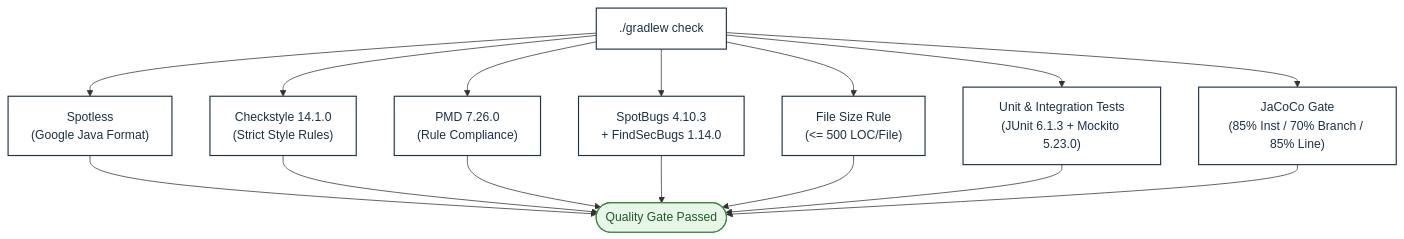
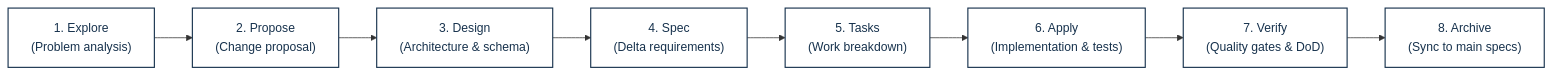
Before and after one commit to CS3227-2610-MP2-NUSynapxe/CS3227-2610-MP2: the first of 2 diagrams in docs/DeveloperGuide.md, drawn with Mermaid. The commit also changed other lines of this file, not shown here.

````diff
--- a/docs/DeveloperGuide.md
+++ b/docs/DeveloperGuide.md
@@ -156,16 +189,12 @@
 ```mermaid
-flowchart TD
-    Build["./gradlew check"] --> Format["Spotless<br/>(Google Java Format)"]
-    Build --> Lint["Checkstyle 14.1.0<br/>(Strict Style Rules)"]
-    Build --> Static["PMD 7.26.0<br/>(Rule Compliance)"]
-    Build --> Sec["SpotBugs 4.10.3<br/>+ FindSecBugs 1.14.0"]
-    Build --> Limit["File Size Rule<br/>(<= 500 LOC/File)"]
-    Build --> Unit["Unit & Integration Tests<br/>(JUnit 6.1.3 + Mockito 5.23.0)"]
-    Build --> Cov["JaCoCo Gate<br/>(85% Inst / 70% Branch / 85% Line)"]
-
-    Format & Lint & Static & Sec & Limit & Unit & Cov --> Success(["Quality Gate Passed"])
+flowchart LR
+    Explore["1. Explore<br/>(Problem analysis)"] --> Propose["2. Propose<br/>(Change proposal)"]
+    Propose --> Design["3. Design<br/>(Architecture & schema)"]
+    Design --> Spec["4. Spec<br/>(Delta requirements)"]
+    Spec --> Tasks["5. Tasks<br/>(Work breakdown)"]
+    Tasks --> Apply["6. Apply<br/>(Implementation & tests)"]
+    Apply --> Verify["7. Verify<br/>(Quality gates & DoD)"]
+    Verify --> Archive["8. Archive<br/>(Sync to main specs)"]
 
     classDef default fill:#ffffff,stroke:#17324d,stroke-width:1.5px,color:#17324d;
-    classDef pass fill:#e8f5e9,stroke:#388e3c,stroke-width:1.5px,color:#1b5e20;
-    class Success pass;
 ```
````
